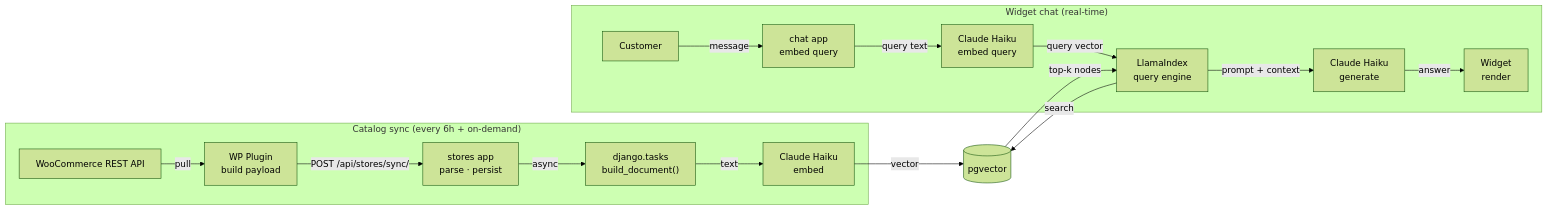
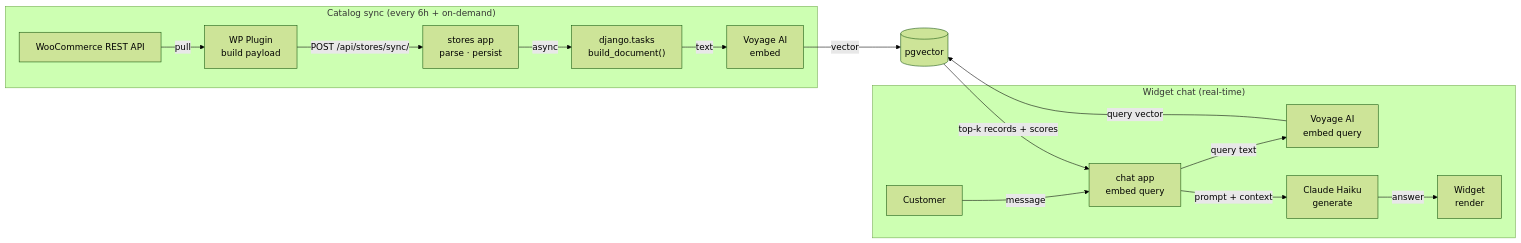
One commit to aji-pratama/woocs changed the sixth of 6 diagrams in _docs/PRD.md. Above: the diagram before and after it, drawn with Mermaid (forest theme). The commit also changed other lines of this file and 26 other files, not shown here.

````diff
--- a/_docs/PRD.md
+++ b/_docs/PRD.md
@@ -1517,35 +1517,33 @@
 ```mermaid
 flowchart LR
   subgraph SyncPath["Catalog sync (every 6h + on-demand)"]
     WC["WooCommerce REST API"]
     Plugin["WP Plugin\nbuild payload"]
     StoresApp["stores app\nparse · persist"]
     Worker["django.tasks\nbuild_document()"]
-    HaikuEmbed["Claude Haiku\nembed"]
+    VoyageEmbed["Voyage AI\nembed"]
   end
 
   subgraph ChatPath["Widget chat (real-time)"]
     Customer["Customer"]
     ChatApp["chat app\nembed query"]
-    HaikuQ["Claude Haiku\nembed query"]
-    Llama["LlamaIndex\nquery engine"]
+    VoyageQ["Voyage AI\nembed query"]
     HaikuGen["Claude Haiku\ngenerate"]
     WidgetOut["Widget\nrender"]
   end
 
   PG[("pgvector")]
 
   WC -->|pull| Plugin
   Plugin -->|POST /api/stores/sync/| StoresApp
   StoresApp -->|async| Worker
-  Worker -->|text| HaikuEmbed
-  HaikuEmbed -->|vector| PG
+  Worker -->|text| VoyageEmbed
+  VoyageEmbed -->|vector| PG
 
   Customer -->|message| ChatApp
-  ChatApp -->|query text| HaikuQ
-  HaikuQ -->|query vector| Llama
-  Llama -->|search| PG
-  PG -->|top-k nodes| Llama
-  Llama -->|prompt + context| HaikuGen
+  ChatApp -->|query text| VoyageQ
+  VoyageQ -->|query vector| PG
+  PG -->|top-k records + scores| ChatApp
+  ChatApp -->|prompt + context| HaikuGen
   HaikuGen -->|answer| WidgetOut
 ```
````
